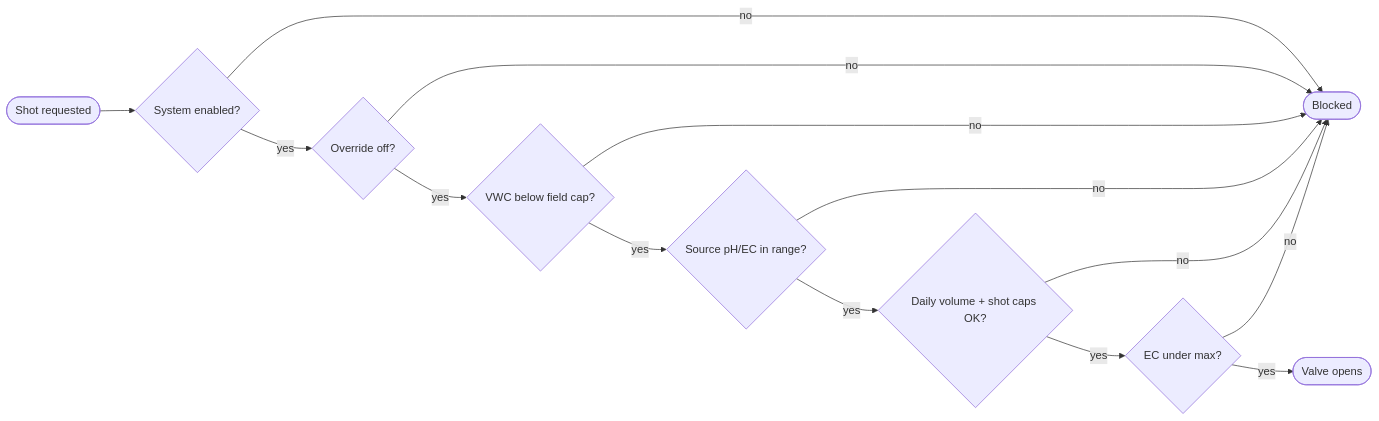
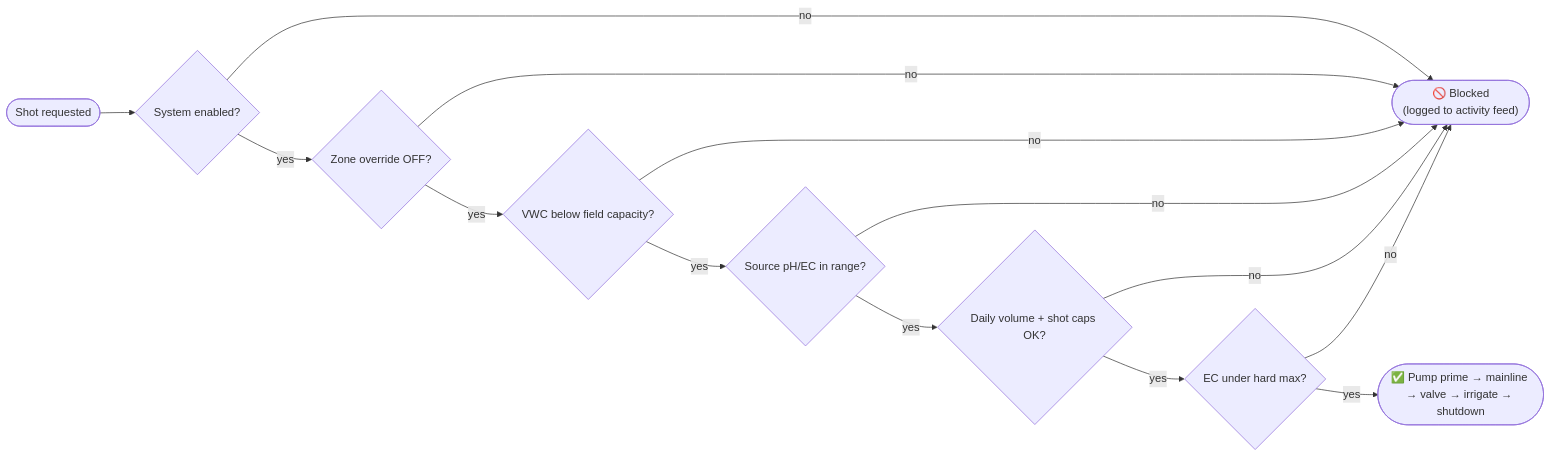
One commit to JakeTheRabbit/HA-Irrigation-Strategy changed the third of 3 diagrams in README.md. Above: the diagram before and after it, drawn with Mermaid. The commit also changed other lines of this file, not shown here.

````diff
--- a/README.md
+++ b/README.md
@@ -105,16 +161,16 @@
 ```mermaid
 flowchart LR
     REQ(["Shot requested"]) --> C1{System enabled?}
-    C1 -- no --> STOP(["Blocked"])
-    C1 -- yes --> C2{Override off?}
+    C1 -- no --> STOP(["🚫 Blocked\n(logged to activity feed)"])
+    C1 -- yes --> C2{Zone override OFF?}
     C2 -- no --> STOP
-    C2 -- yes --> C3{VWC below field cap?}
+    C2 -- yes --> C3{VWC below field capacity?}
     C3 -- no --> STOP
     C3 -- yes --> C4{Source pH/EC in range?}
     C4 -- no --> STOP
     C4 -- yes --> C5{Daily volume + shot caps OK?}
     C5 -- no --> STOP
-    C5 -- yes --> C6{EC under max?}
+    C5 -- yes --> C6{EC under hard max?}
     C6 -- no --> STOP
-    C6 -- yes --> FIRE(["Valve opens"])
+    C6 -- yes --> FIRE(["✅ Pump prime → mainline → valve → irrigate → shutdown"])
 ```
````
